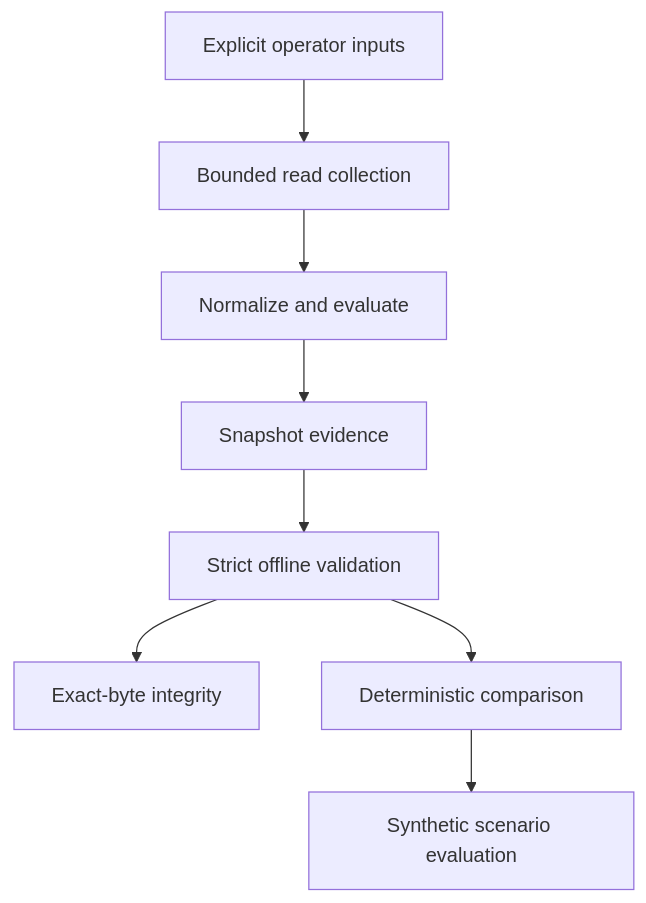
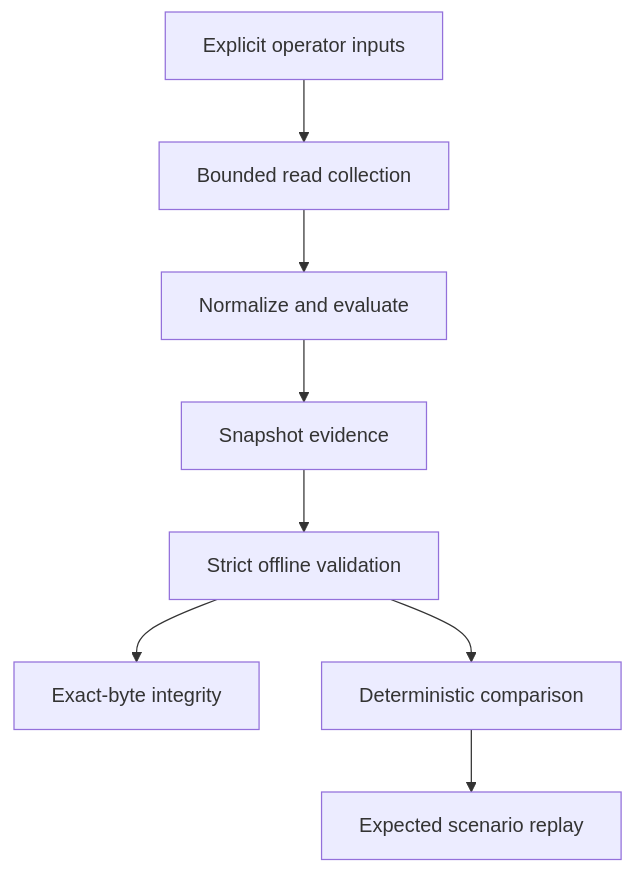
One commit to wmstipes/The-Foundry-Initiative changed the diagram in docs/guides/forgeops-operator-learning-guide.md. Above: the diagram before and after it, drawn with Mermaid. The commit also changed other lines of this file and 17 other files, not shown here.

Commit message:
Add ForgeOps scenario replay

````diff
--- a/docs/guides/forgeops-operator-learning-guide.md
+++ b/docs/guides/forgeops-operator-learning-guide.md
@@ -171,10 +173,10 @@
 ```mermaid
 flowchart TD
     Inputs["Explicit operator inputs"] --> Collect["Bounded read collection"]
     Collect --> Evaluate["Normalize and evaluate"]
     Evaluate --> Evidence["Snapshot evidence"]
     Evidence --> Validate["Strict offline validation"]
     Validate --> Integrity["Exact-byte integrity"]
     Validate --> Compare["Deterministic comparison"]
-    Compare --> Scenario["Synthetic scenario evaluation"]
+    Compare --> Scenario["Expected scenario replay"]
 ```
````
